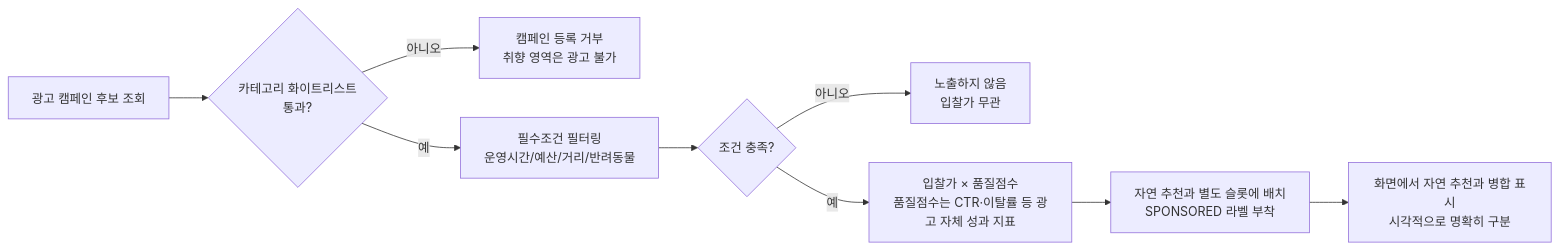
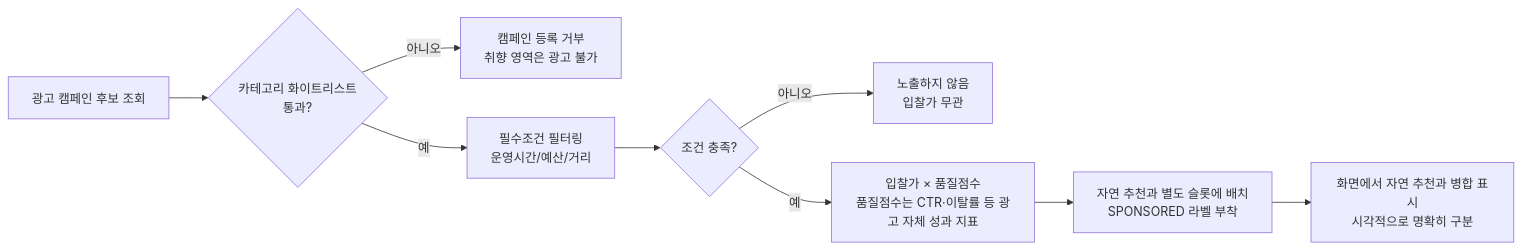
One commit to yeaseunglee96-rgb/LOCAL_ROUTE_DEMO changed the sixth of 6 diagrams in LOCAL_ROUTE_기획서_v2.md. Above: the diagram before and after it, drawn with Mermaid. The commit also changed other lines of this file and 69 other files, not shown here.

````diff
--- a/LOCAL_ROUTE_기획서_v2.md
+++ b/LOCAL_ROUTE_기획서_v2.md
@@ -1859,11 +1825,11 @@
 ```mermaid
 flowchart LR
     G[광고 캠페인 후보 조회] --> W{카테고리 화이트리스트\n통과?}
     W -- 아니오 --> Z[캠페인 등록 거부\n취향 영역은 광고 불가]
-    W -- 예 --> H[필수조건 필터링\n운영시간/예산/거리/반려동물]
+    W -- 예 --> H[필수조건 필터링\n운영시간/예산/거리]
     H --> I{조건 충족?}
     I -- 아니오 --> J[노출하지 않음\n입찰가 무관]
     I -- 예 --> K[입찰가 × 품질점수\n품질점수는 CTR·이탈률 등 광고 자체 성과 지표]
     K --> L[자연 추천과 별도 슬롯에 배치\nSPONSORED 라벨 부착]
     L --> M[화면에서 자연 추천과 병합 표시\n시각적으로 명확히 구분]
 ```
````
